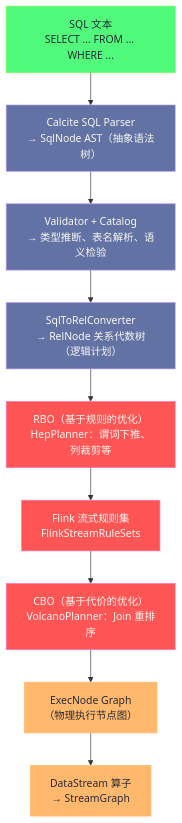
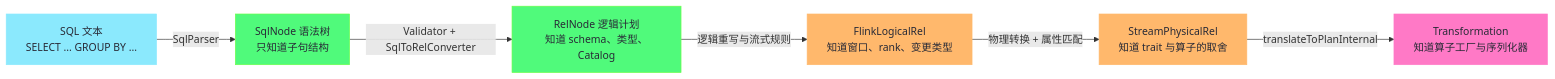
Before and after one commit to hpliStartAgain/my-brain: the first of 5 diagrams in content/大数据/Flink/Flink原理深度解析与性能优化/08 Flink SQL 与 Blink Planner 深度解析.md, drawn with Mermaid. The commit also changed other lines of this file and 455 other files, not shown here.

````diff
--- a/content/大数据/Flink/Flink原理深度解析与性能优化/08 Flink SQL 与 Blink Planner 深度解析.md
+++ b/content/大数据/Flink/Flink原理深度解析与性能优化/08 Flink SQL 与 Blink Planner 深度解析.md
@@ -42,23 +37,21 @@
 ```mermaid
 %%{init: {'theme': 'dracula'}}%%
-graph TD
-    classDef input fill:#50fa7b,stroke:#69ff47,color:#282a36
-    classDef parse fill:#6272a4,stroke:#bd93f9,color:#f8f8f2
-    classDef optimize fill:#ff5555,stroke:#ff79c6,color:#f8f8f2
-    classDef exec fill:#ffb86c,stroke:#ffb86c,color:#282a36
+graph LR
+    classDef text fill:#8be9fd,stroke:#8be9fd,color:#282a36
+    classDef logic fill:#50fa7b,stroke:#69ff47,color:#282a36
+    classDef phys fill:#ffb86c,stroke:#ffb86c,color:#282a36
+    classDef ops fill:#ff79c6,stroke:#ff79c6,color:#282a36
 
-    SQL["SQL 文本</br>SELECT ... FROM ... WHERE ..."]:::input
+    SQL["SQL 文本<br/>SELECT ... GROUP BY ..."]:::text
+    AST["SqlNode 语法树<br/>只知道子句结构"]:::logic
+    REL["RelNode 逻辑计划<br/>知道 schema、类型、Catalog"]:::logic
+    FLOG["FlinkLogicalRel<br/>知道窗口、rank、变更类型"]:::phys
+    SPHY["StreamPhysicalRel<br/>知道 trait 与算子的取舍"]:::phys
+    TRN["Transformation<br/>知道算子工厂与序列化器"]:::ops
 
-    P1["Calcite SQL Parser</br>→ SqlNode AST（抽象语法树）"]:::parse
-    P2["Validator + Catalog</br>→ 类型推断、表名解析、语义检验"]:::parse
-    P3["SqlToRelConverter</br>→ RelNode 关系代数树（逻辑计划）"]:::parse
-
-    O1["RBO（基于规则的优化）</br>HepPlanner：谓词下推、列裁剪等"]:::optimize
-    O2["Flink 流式规则集</br>FlinkStreamRuleSets"]:::optimize
-    O3["CBO（基于代价的优化）</br>VolcanoPlanner：Join 重排序"]:::optimize
-
-    E1["ExecNode Graph</br>（物理执行节点图）"]:::exec
-    E2["DataStream 算子</br>→ StreamGraph"]:::exec
-
-    SQL --> P1 --> P2 --> P3 --> O1 --> O2 --> O3 --> E1 --> E2
+    SQL -->|"SqlParser"| AST
+    AST -->|"Validator + SqlToRelConverter"| REL
+    REL -->|"逻辑重写与流式规则"| FLOG
+    FLOG -->|"物理转换 + 属性匹配"| SPHY
+    SPHY -->|"translateToPlanInternal"| TRN
 ```
````
